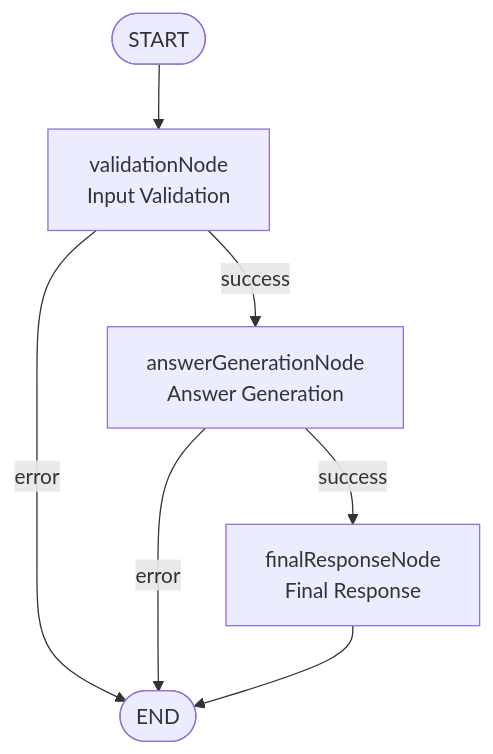
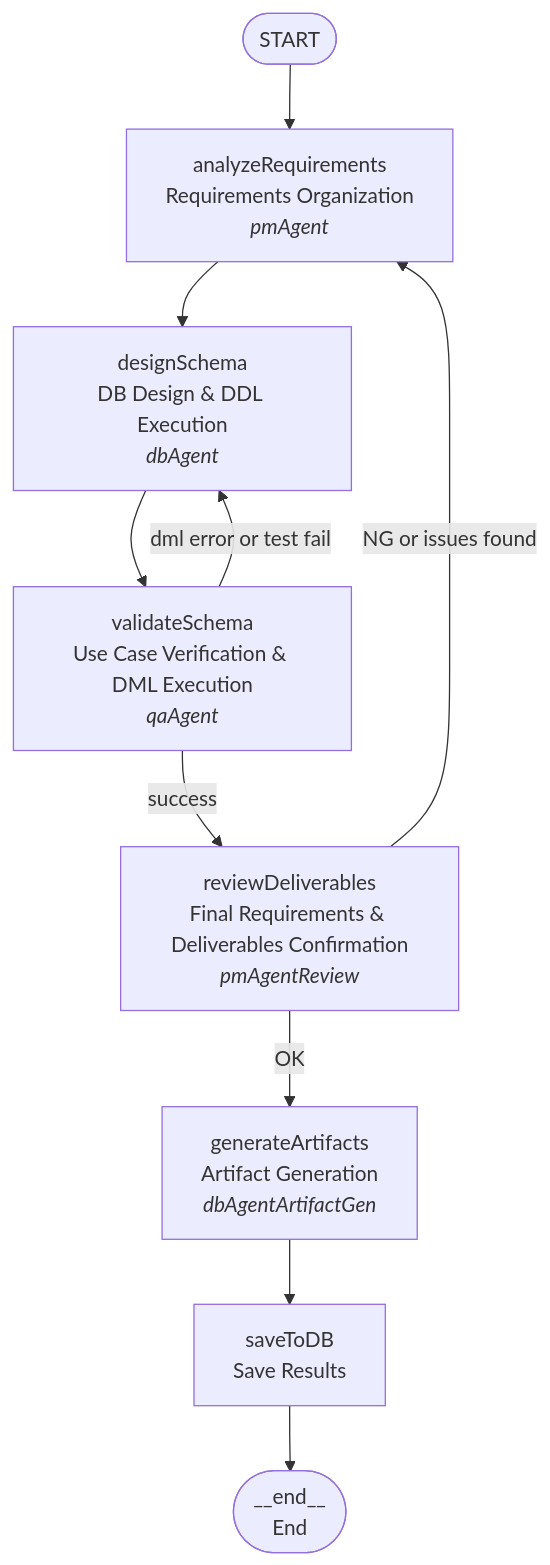
One commit to yzkee/liam changed the diagram in frontend/internal-packages/agent/src/chat/workflow/README.md. Above: the diagram before and after it, drawn with Mermaid. The commit also changed other lines of this file, not shown here.

Commit message:
✨(workflow): Update chat workflow diagram and nodes for enhanced clarity and functionality
- Revised the workflow diagram to include new nodes: analyzeRequirements, designSchema, validateSchema, reviewDeliverables, generateArtifacts, and saveToDB.
- Updated usage example to reflect changes in parameters, including organizationId, buildingSchemaId, latestVersionNumber, userId, designSessionId, and repositories.
- Improved documentation for better understanding of the workflow process and its components.

````diff
--- a/frontend/internal-packages/agent/src/chat/workflow/README.md
+++ b/frontend/internal-packages/agent/src/chat/workflow/README.md
@@ -7,15 +7,22 @@
 ```mermaid
 flowchart TD
     START([START])
-    A[validationNode<br/>Input Validation]
-    B[answerGenerationNode<br/>Answer Generation]
-    C[finalResponseNode<br/>Final Response]
-    END([END])
+    ANALYZE[analyzeRequirements<br/>Requirements Organization<br/><i>pmAgent</i>]
+    DESIGN[designSchema<br/>DB Design & DDL Execution<br/><i>dbAgent</i>]
+    VALIDATE[validateSchema<br/>Use Case Verification & DML Execution<br/><i>qaAgent</i>]
+    REVIEW[reviewDeliverables<br/>Final Requirements & Deliverables Confirmation<br/><i>pmAgentReview</i>]
+    GENERATE[generateArtifacts<br/>Artifact Generation<br/><i>dbAgentArtifactGen</i>]
+    SAVE[saveToDB<br/>Save Results]
+    END([__end__<br/>End])
 
-    START --> A
-    A -->|success| B
-    A -->|error| END
-    B -->|success| C
-    B -->|error| END
-    C --> END
+    START --> ANALYZE
+    ANALYZE --> DESIGN
+    DESIGN --> VALIDATE
+    VALIDATE -->|success| REVIEW
+    VALIDATE -->|dml error or test fail| DESIGN
+    REVIEW -->|OK| GENERATE
+    REVIEW -->|NG or issues found| ANALYZE
+    GENERATE --> SAVE
+    SAVE --> END
+
 ```
````
